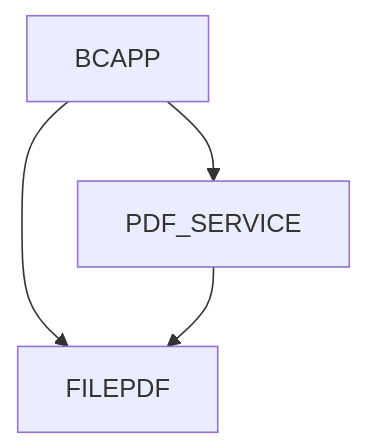
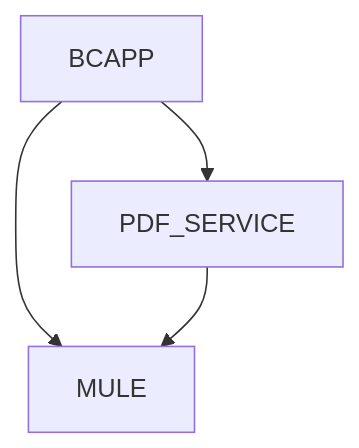
Before and after one commit to Kravatka/brain-training: the diagram in README.md, drawn with Mermaid.

````diff
--- a/README.md
+++ b/README.md
@@ -3,6 +3,6 @@
 ```mermaid
   graph TD;
       BCAPP-->PDF_SERVICE;
-      BCAPP-->FILEPDF;
-      PDF_SERVICE-->FILEPDF;
+      BCAPP-->MULE;
+      PDF_SERVICE-->MULE;
 ```
````
